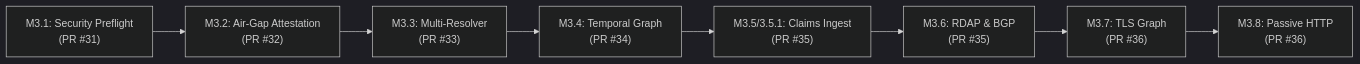
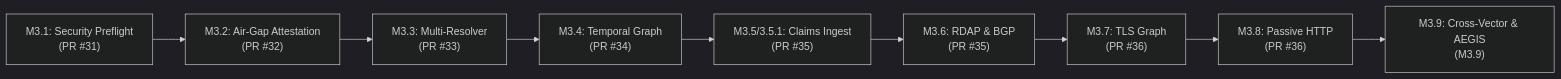
One commit to pseudozac/anie changed the diagram in docs/DOCUMENTATION_INDEX.md. Above: the diagram before and after it, drawn with Mermaid (dark theme). The commit also changed other lines of this file and 10 other files, not shown here.

Commit message:
feat(m3.9): cross-vector intelligence correlation and aegis consumer contract v2 (#39)

````diff
--- a/docs/DOCUMENTATION_INDEX.md
+++ b/docs/DOCUMENTATION_INDEX.md
@@ -33,10 +33,11 @@
 ```mermaid
 flowchart LR
     M31["M3.1: Security Preflight<br/>(PR #31)"] --> M32["M3.2: Air-Gap Attestation<br/>(PR #32)"]
     M32 --> M33["M3.3: Multi-Resolver<br/>(PR #33)"]
     M33 --> M34["M3.4: Temporal Graph<br/>(PR #34)"]
     M34 --> M35["M3.5/3.5.1: Claims Ingest<br/>(PR #35)"]
     M35 --> M36["M3.6: RDAP & BGP<br/>(PR #35)"]
     M36 --> M37["M3.7: TLS Graph<br/>(PR #36)"]
     M37 --> M38["M3.8: Passive HTTP<br/>(PR #36)"]
+    M38 --> M39["M3.9: Cross-Vector & AEGIS<br/>(M3.9)"]
 ```
````
